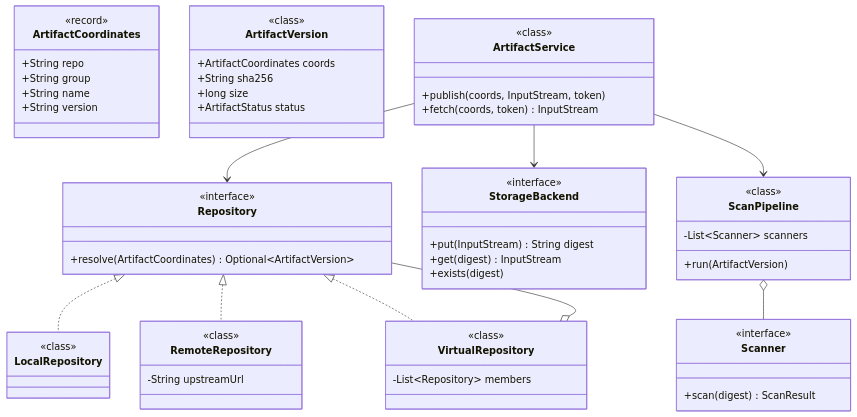
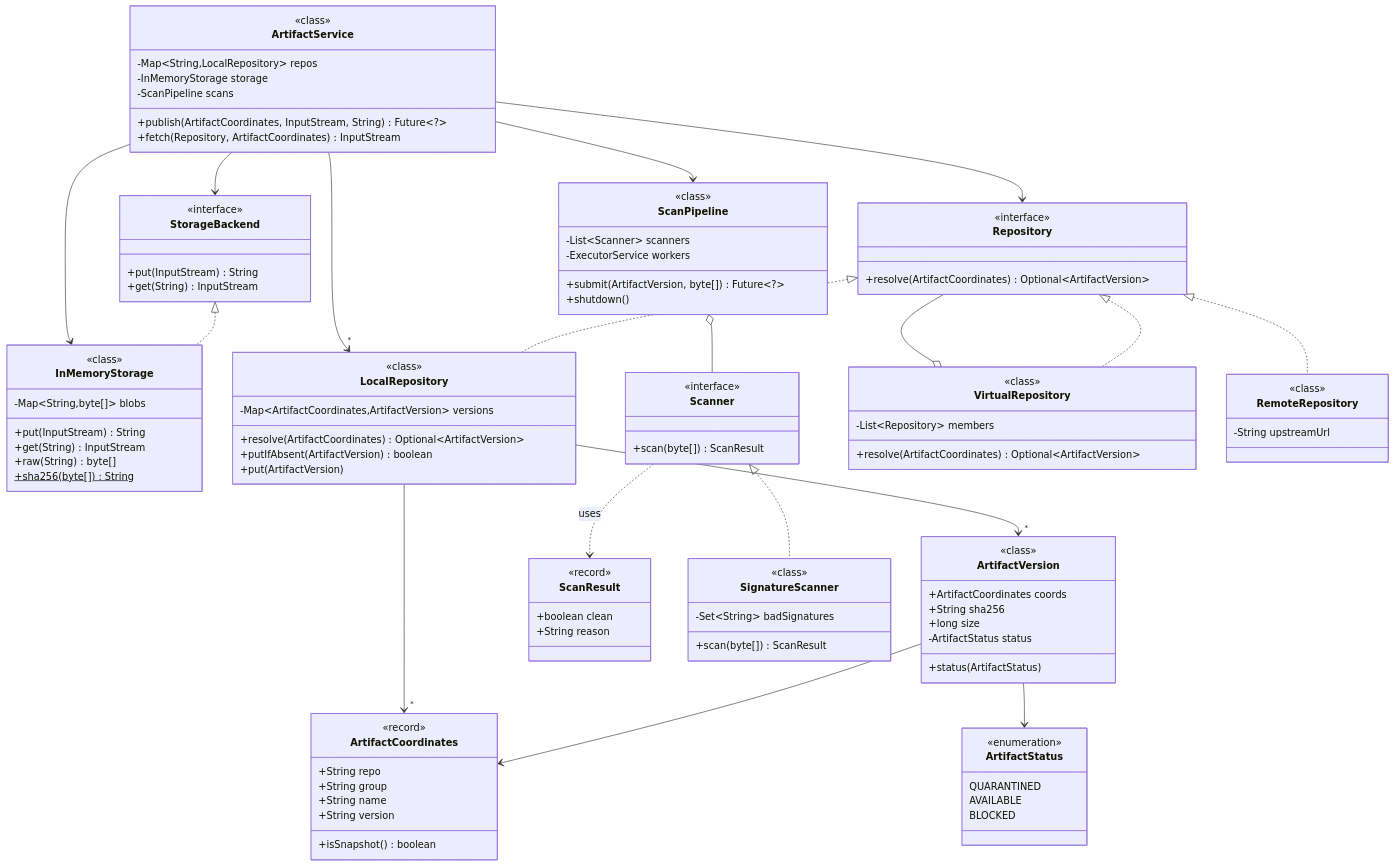
One commit to amarkum/amarkumar.guru changed the first of 2 diagrams in system-design/lld/08-artifact-repository.md. Above: the diagram before and after it, drawn with Mermaid. The commit also changed 27 other files, not shown here.

Commit message:
Rebuild every UML class diagram from its Java code, add a notes progress tracker, and make diagrams readable with zoom and a legend.

````diff
--- a/system-design/lld/08-artifact-repository.md
+++ b/system-design/lld/08-artifact-repository.md
@@ -41,17 +41,10 @@
 ```mermaid
 classDiagram
-    class Repository {
-      <<interface>>
-      +resolve(ArtifactCoordinates) Optional~ArtifactVersion~
-    }
-    class LocalRepository {
-      <<class>>
-    }
-    class RemoteRepository {
-      -String upstreamUrl
-    }
-    class VirtualRepository {
-      -List~Repository~ members
+    class ArtifactStatus {
+      <<enumeration>>
+      QUARANTINED
+      AVAILABLE
+      BLOCKED
     }
     class ArtifactCoordinates {
       <<record>>
@@ -59,31 +52,77 @@
       +String group
       +String name
       +String version
+      +isSnapshot() boolean
     }
     class ArtifactVersion {
       <<class>>
       +ArtifactCoordinates coords
       +String sha256
       +long size
-      +ArtifactStatus status
+      -ArtifactStatus status
+      +status(ArtifactStatus)
+    }
+    class ScanResult {
+      <<record>>
+      +boolean clean
+      +String reason
     }
     class StorageBackend {
       <<interface>>
-      +put(InputStream) String digest
-      +get(digest) InputStream
-      +exists(digest)
+      +put(InputStream) String
+      +get(String) InputStream
+    }
+    class InMemoryStorage {
+      <<class>>
+      -Map~String,byte[]~ blobs
+      +put(InputStream) String
+      +get(String) InputStream
+      +raw(String) byte[]
+      +sha256(byte[])$ String
     }
     class Scanner {
       <<interface>>
-      +scan(digest) ScanResult
+      +scan(byte[]) ScanResult
+    }
+    class SignatureScanner {
+      <<class>>
+      -Set~String~ badSignatures
+      +scan(byte[]) ScanResult
+    }
+    class Repository {
+      <<interface>>
+      +resolve(ArtifactCoordinates) Optional~ArtifactVersion~
+    }
+    class LocalRepository {
+      <<class>>
+      -Map~ArtifactCoordinates,ArtifactVersion~ versions
+      +resolve(ArtifactCoordinates) Optional~ArtifactVersion~
+      +putIfAbsent(ArtifactVersion) boolean
+      +put(ArtifactVersion)
+    }
+    class VirtualRepository {
+      <<class>>
+      -List~Repository~ members
+      +resolve(ArtifactCoordinates) Optional~ArtifactVersion~
     }
     class ScanPipeline {
+      <<class>>
       -List~Scanner~ scanners
-      +run(ArtifactVersion)
+      -ExecutorService workers
+      +submit(ArtifactVersion, byte[]) Future~?~
+      +shutdown()
     }
     class ArtifactService {
-      +publish(coords, InputStream, token)
-      +fetch(coords, token) InputStream
+      <<class>>
+      -Map~String,LocalRepository~ repos
+      -InMemoryStorage storage
+      -ScanPipeline scans
+      +publish(ArtifactCoordinates, InputStream, String) Future~?~
+      +fetch(Repository, ArtifactCoordinates) InputStream
+    }
+    class RemoteRepository {
+      <<class>>
+      -String upstreamUrl
     }
     Repository <|.. LocalRepository
     Repository <|.. RemoteRepository
@@ -93,25 +132,13 @@
     ArtifactService --> StorageBackend
     ArtifactService --> ScanPipeline
     ScanPipeline o-- Scanner
-    class Repository {
-      <<interface>>
-    }
-    class VirtualRepository {
-      <<class>>
-    }
-    class RemoteRepository {
-      <<class>>
-    }
-    class ArtifactService {
-      <<class>>
-    }
-    class ScanPipeline {
-      <<class>>
-    }
-    class Scanner {
-      <<interface>>
-    }
-    class StorageBackend {
-      <<interface>>
-    }
+    StorageBackend <|.. InMemoryStorage
+    Scanner <|.. SignatureScanner
+    ArtifactVersion --> ArtifactCoordinates
+    ArtifactVersion --> ArtifactStatus
+    LocalRepository --> "*" ArtifactCoordinates
+    LocalRepository --> "*" ArtifactVersion
+    ArtifactService --> "*" LocalRepository
+    ArtifactService --> InMemoryStorage
+    Scanner ..> ScanResult : uses
 ```
````
